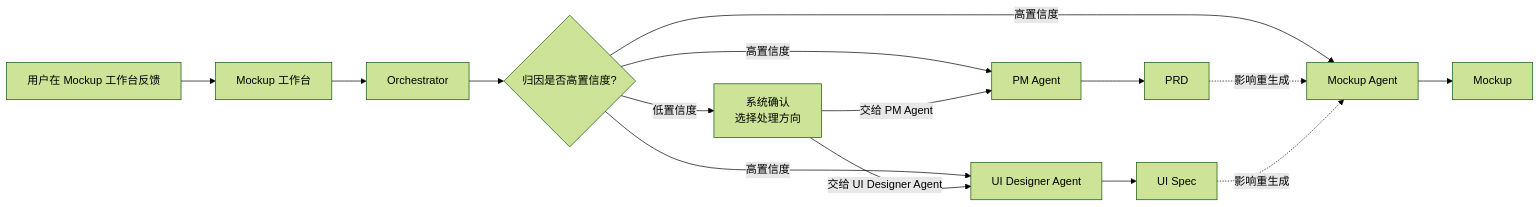
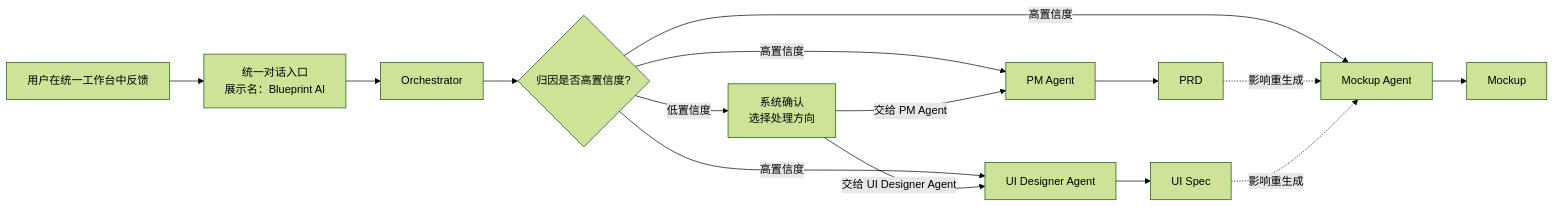
Before and after one commit to Jacobgxd/57Block_MVP_Builder: the second of 9 diagrams in .blueprint/PRD_V1.md, drawn with Mermaid (forest theme). The commit also changed other lines of this file and 11 other files, not shown here.

````diff
--- a/.blueprint/PRD_V1.md
+++ b/.blueprint/PRD_V1.md
@@ -192,33 +203,33 @@
 ```mermaid
 flowchart LR
-    U[用户在 Mockup 工作台反馈]
-    UI[Mockup 工作台]
+    U[用户在统一工作台中反馈]
+    CHAT[统一对话入口<br/>展示名：Blueprint AI]
     ORC[Orchestrator]
     DECIDE{归因是否高置信度?}
     SYS[系统确认<br/>选择处理方向]
     PM[PM Agent]
     UID[UI Designer Agent]
     MKA[Mockup Agent]
     PRD[PRD]
     UIS[UI Spec]
     MCK[Mockup]
 
-    U --> UI
-    UI --> ORC
+    U --> CHAT
+    CHAT --> ORC
     ORC --> DECIDE
 
     DECIDE -->|高置信度| PM
     DECIDE -->|高置信度| UID
     DECIDE -->|高置信度| MKA
     DECIDE -->|低置信度| SYS
 
     SYS -->|交给 PM Agent| PM
     SYS -->|交给 UI Designer Agent| UID
 
     PM --> PRD
     UID --> UIS
     MKA --> MCK
 
     PRD -.影响重生成.-> MKA
     UIS -.影响重生成.-> MKA
 ```
````
